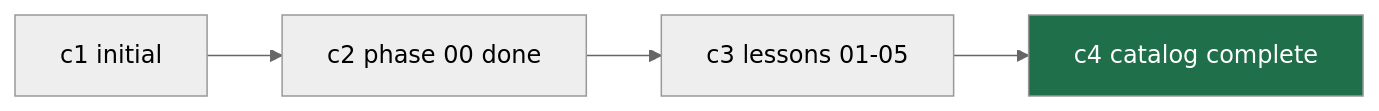
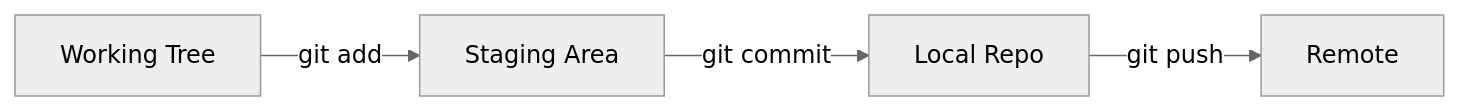
Before and after one commit to aswathas/WorkflowTest: the diagram in phases/00-setup-and-tooling/02-git-and-collaboration/docs/en.md, drawn with Mermaid (neutral theme). The commit also changed other lines of this file and 3 other files, not shown here.

First line of the commit message:
feat(phase 00): complete lessons 02-05

````diff
--- a/phases/00-setup-and-tooling/02-git-and-collaboration/docs/en.md
+++ b/phases/00-setup-and-tooling/02-git-and-collaboration/docs/en.md
@@ -46,7 +41,6 @@
 ```mermaid
 flowchart LR
-    A[c1 initial] --> B[c2 phase 00 done]
-    B --> C[c3 lessons 01-05]
-    C --> D[c4 catalog complete]
-    style D fill:#1f6f4a,color:#fff
+    A[Working Tree] -->|git add| B[Staging Area]
+    B -->|git commit| C[Local Repo]
+    C -->|git push| D[Remote]
 ```
````
